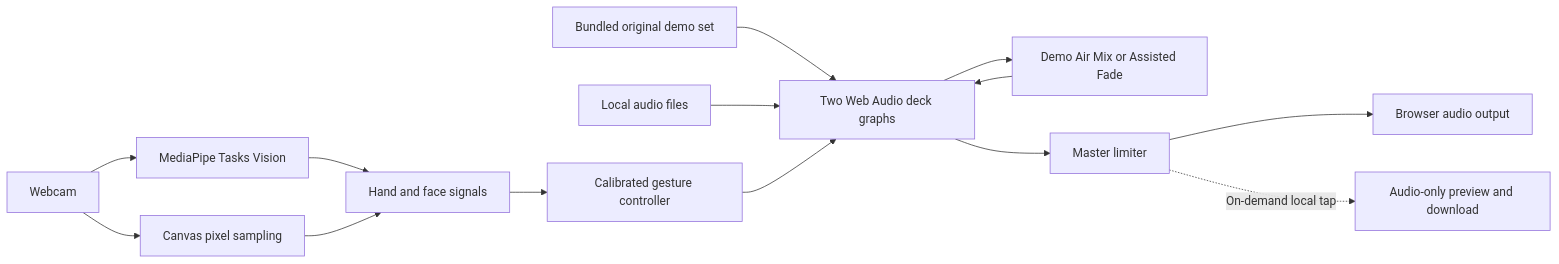
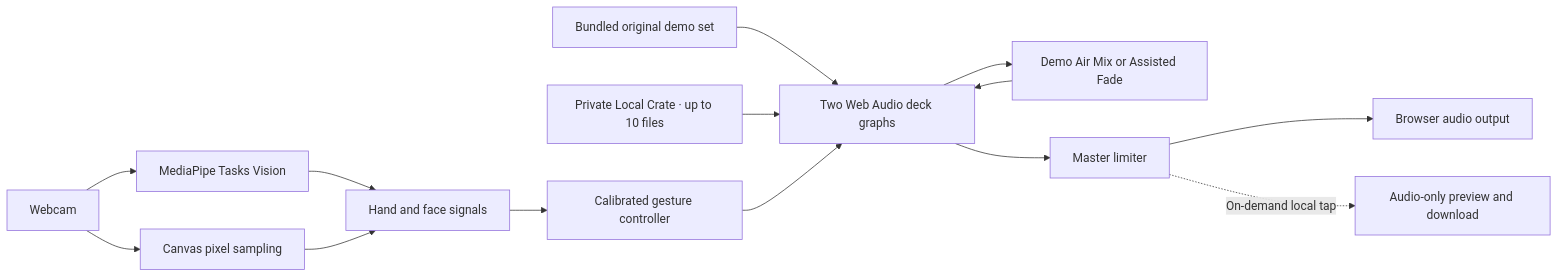
One commit to kaantaskentt/conductor-vision changed the diagram in README.md. Above: the diagram before and after it, drawn with Mermaid. The commit also changed other lines of this file and 19 other files, not shown here.

Commit message:
feat: add private crate and harden Air Mix

````diff
--- a/README.md
+++ b/README.md
@@ -95,16 +96,16 @@
 ```mermaid
 flowchart LR
   Camera["Webcam"] --> Vision["MediaPipe Tasks Vision"]
   Vision --> Signals["Hand and face signals"]
   Camera --> Pixels["Canvas pixel sampling"]
   Pixels --> Signals
   Demo["Bundled original demo set"] --> Decks["Two Web Audio deck graphs"]
-  Files["Local audio files"] --> Decks
+  Files["Private Local Crate · up to 10 files"] --> Decks
   Signals --> Gestures["Calibrated gesture controller"]
   Gestures --> Decks
   Decks --> Transition["Demo Air Mix or Assisted Fade"]
   Transition --> Decks
   Decks --> Limiter["Master limiter"]
   Limiter --> Output["Browser audio output"]
   Limiter -. On-demand local tap .-> Replay["Audio-only preview and download"]
 ```
````
